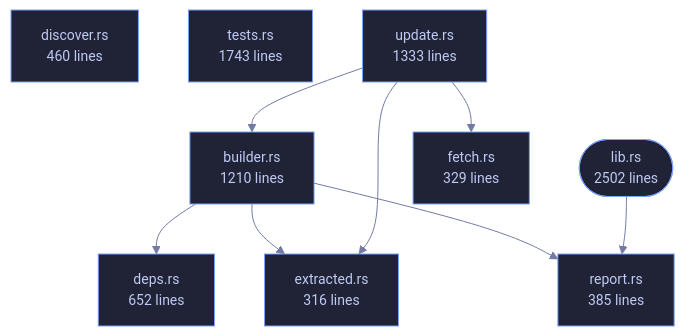
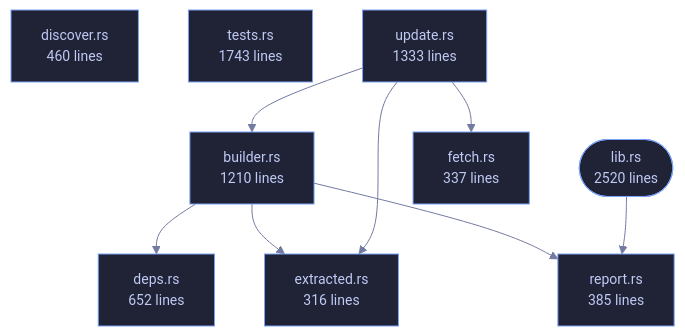
One commit to tilas01/veilvoice changed the diagram in crates/veilvoice-verify/README.md. Above: the diagram before and after it, drawn with Mermaid. The commit also changed other lines of this file and 85 other files, not shown here.

````diff
--- a/crates/veilvoice-verify/README.md
+++ b/crates/veilvoice-verify/README.md
@@ -93,29 +93,29 @@
 ```mermaid
 %%{init: {"theme":"base","themeVariables":{"background":"#1a1b26","primaryColor":"#1f2335","primaryTextColor":"#c0caf5","primaryBorderColor":"#7aa2f7","secondaryColor":"#16161e","tertiaryColor":"#16161e","lineColor":"#737aa2","textColor":"#c0caf5","mainBkg":"#1f2335","nodeBorder":"#7aa2f7","clusterBkg":"#16161e","clusterBorder":"#2f3549","fontFamily":"ui-monospace, SFMono-Regular, Consolas, monospace","fontSize":"14px"}}}%%
 flowchart TD
-    n_lib(["lib.rs<br/>2502 lines"])
+    n_lib(["lib.rs<br/>2520 lines"])
     n_builder["builder.rs<br/>1210 lines"]
     n_deps["deps.rs<br/>652 lines"]
     n_discover["discover.rs<br/>460 lines"]
     n_extracted["extracted.rs<br/>316 lines"]
-    n_fetch["fetch.rs<br/>329 lines"]
+    n_fetch["fetch.rs<br/>337 lines"]
     n_report["report.rs<br/>385 lines"]
     n_tests["tests.rs<br/>1743 lines"]
     n_update["update.rs<br/>1333 lines"]
     n_builder --> n_deps
     n_builder --> n_extracted
     n_builder --> n_report
     n_lib --> n_report
     n_update --> n_builder
     n_update --> n_extracted
     n_update --> n_fetch
     click n_lib href "https://github.com/tilas01/veilvoice/blob/main/crates/veilvoice-verify/src/lib.rs" "open the source"
     click n_builder href "https://github.com/tilas01/veilvoice/blob/main/crates/veilvoice-verify/src/builder.rs" "open the source"
     click n_deps href "https://github.com/tilas01/veilvoice/blob/main/crates/veilvoice-verify/src/deps.rs" "open the source"
     click n_discover href "https://github.com/tilas01/veilvoice/blob/main/crates/veilvoice-verify/src/discover.rs" "open the source"
     click n_extracted href "https://github.com/tilas01/veilvoice/blob/main/crates/veilvoice-verify/src/extracted.rs" "open the source"
     click n_fetch href "https://github.com/tilas01/veilvoice/blob/main/crates/veilvoice-verify/src/fetch.rs" "open the source"
     click n_report href "https://github.com/tilas01/veilvoice/blob/main/crates/veilvoice-verify/src/report.rs" "open the source"
     click n_tests href "https://github.com/tilas01/veilvoice/blob/main/crates/veilvoice-verify/src/tests.rs" "open the source"
     click n_update href "https://github.com/tilas01/veilvoice/blob/main/crates/veilvoice-verify/src/update.rs" "open the source"
 ```
````
